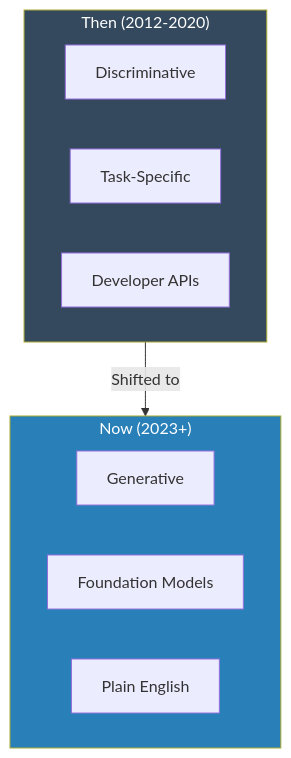
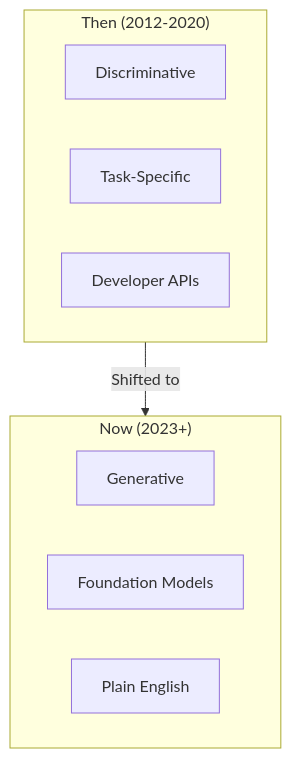
The second of 2 diagrams in book/part-1-foundations/01-the-ai-first-imperative/01-the-ai-inflection-point.md (saurav-yirifi/blueprint-ai-first-company), drawn with Mermaid before and after one commit. The commit also changed other lines of this file and 84 other files, not shown here.

First line of the commit message:
Upgrade CSS theming and standardize Mermaid diagram colors

````diff
--- a/book/part-1-foundations/01-the-ai-first-imperative/01-the-ai-inflection-point.md
+++ b/book/part-1-foundations/01-the-ai-first-imperative/01-the-ai-inflection-point.md
@@ -48,19 +48,17 @@
 ```mermaid
 flowchart TB
     subgraph then["Then (2012-2020)"]
         P1["Discriminative"]
         P2["Task-Specific"]
         P3["Developer APIs"]
     end
 
     then -->|"Shifted to"| now
 
     subgraph now["Now (2023+)"]
         C1["Generative"]
         C2["Foundation Models"]
         C3["Plain English"]
     end
 
-    style then fill:#34495e,color:#fff
-    style now fill:#2980b9,color:#fff
 ```
````
